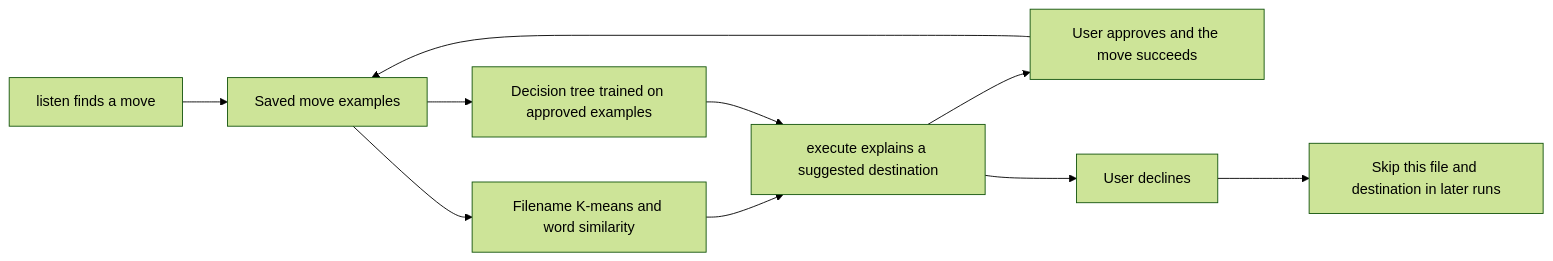
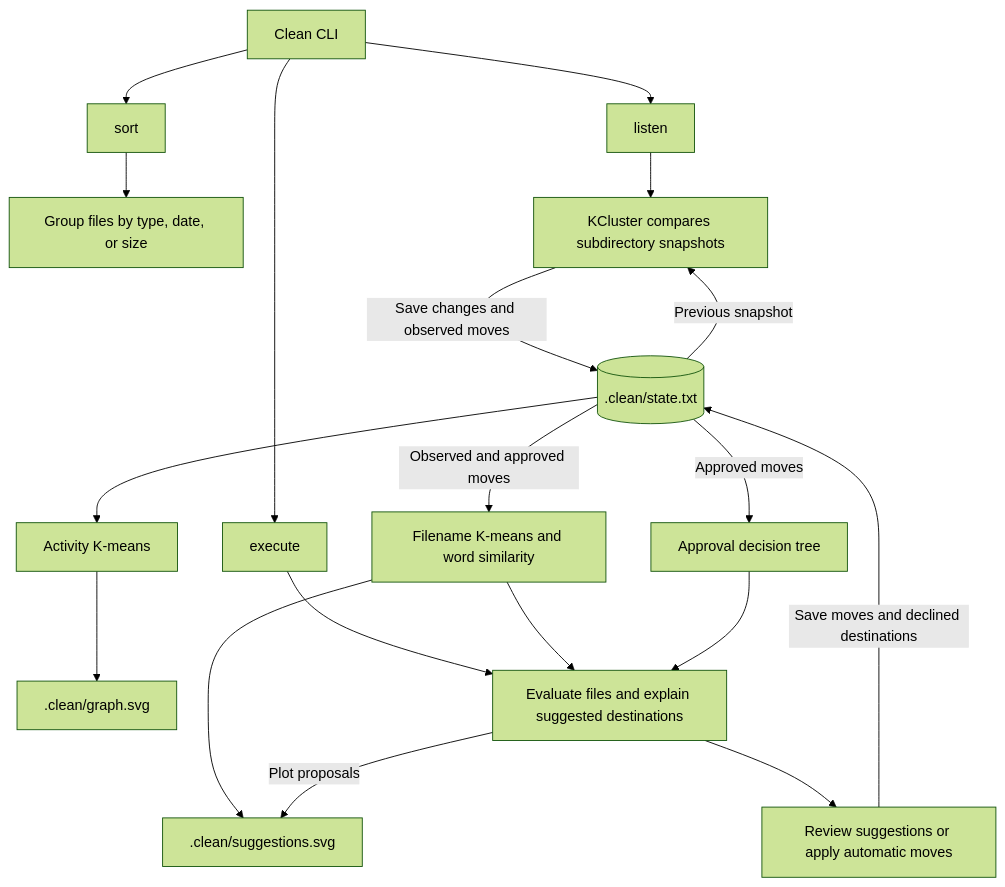
The diagram in ARCHITECTURE.md (akmalm07/Filesystem-Cleaning-Tool), drawn with Mermaid (forest theme) before and after one commit. The commit also changed other lines of this file, not shown here.

Commit message:
Diagram the Clean command and learning flows

````diff
--- a/ARCHITECTURE.md
+++ b/ARCHITECTURE.md
@@ -24,12 +7,24 @@
 ```mermaid
-flowchart LR
-    Listen["listen finds a move"] --> History["Saved move examples"]
-    History --> Names["Filename K-means and word similarity"]
-    History --> Tree["Decision tree trained on approved examples"]
-    Names --> Execute["execute explains a suggested destination"]
-    Tree --> Execute
-    Execute --> Approve["User approves and the move succeeds"]
-    Approve --> History
-    Execute --> Decline["User declines"]
-    Decline --> Skip["Skip this file and destination in later runs"]
+flowchart TB
+    CLI["Clean CLI"] --> Sort["sort"]
+    CLI --> Listen["listen"]
+    CLI --> Execute["execute"]
+    Sort --> Static["Group files by type, date, or size"]
+
+    Listen --> Scan["KCluster compares subdirectory snapshots"]
+    Scan -->|Save changes and observed moves| State[(".clean/state.txt")]
+    State -->|Previous snapshot| Scan
+    State --> Activity["Activity K-means"]
+    Activity --> ActivityGraph[".clean/graph.svg"]
+
+    State -->|Observed and approved moves| Names["Filename K-means and word similarity"]
+    State -->|Approved moves| Tree["Approval decision tree"]
+    Execute --> Evaluate["Evaluate files and explain suggested destinations"]
+    Names --> Evaluate
+    Tree --> Evaluate
+
+    Names --> SuggestionGraph[".clean/suggestions.svg"]
+    Evaluate -->|Plot proposals| SuggestionGraph
+    Evaluate --> Review["Review suggestions or apply automatic moves"]
+    Review -->|Save moves and declined destinations| State
 ```
````
